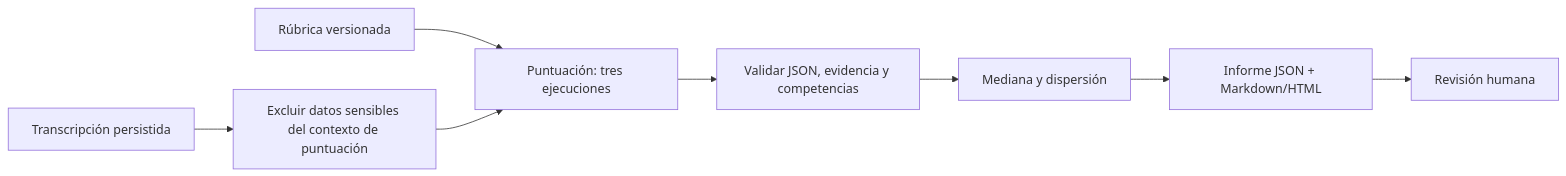
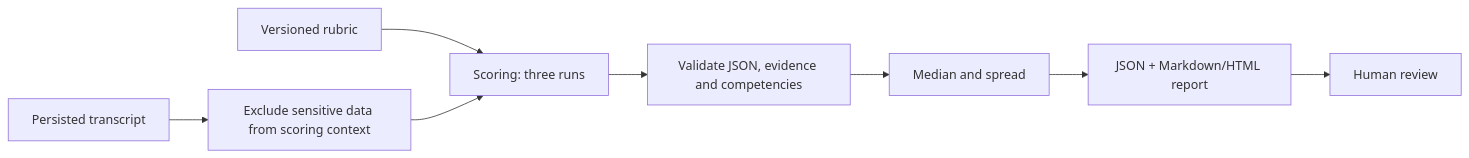
One commit to sebastianbasadre/ai-interviewer changed the second of 2 diagrams in docs/ARCHITECTURE.md. Above: the diagram before and after it, drawn with Mermaid. The commit also changed other lines of this file and 18 other files, not shown here.

````diff
--- a/docs/ARCHITECTURE.md
+++ b/docs/ARCHITECTURE.md
@@ -52,10 +48,10 @@
 ```mermaid
 flowchart LR
-    T[Transcripción persistida] --> F[Excluir datos sensibles del contexto de puntuación]
-    R[Rúbrica versionada] --> S[Puntuación: tres ejecuciones]
+    T[Persisted transcript] --> F[Exclude sensitive data from scoring context]
+    R[Versioned rubric] --> S[Scoring: three runs]
     F --> S
-    S --> V[Validar JSON, evidencia y competencias]
-    V --> M[Mediana y dispersión]
-    M --> H[Informe JSON + Markdown/HTML]
-    H --> P[Revisión humana]
+    S --> V[Validate JSON, evidence and competencies]
+    V --> M[Median and spread]
+    M --> H[JSON + Markdown/HTML report]
+    H --> P[Human review]
 ```
````
